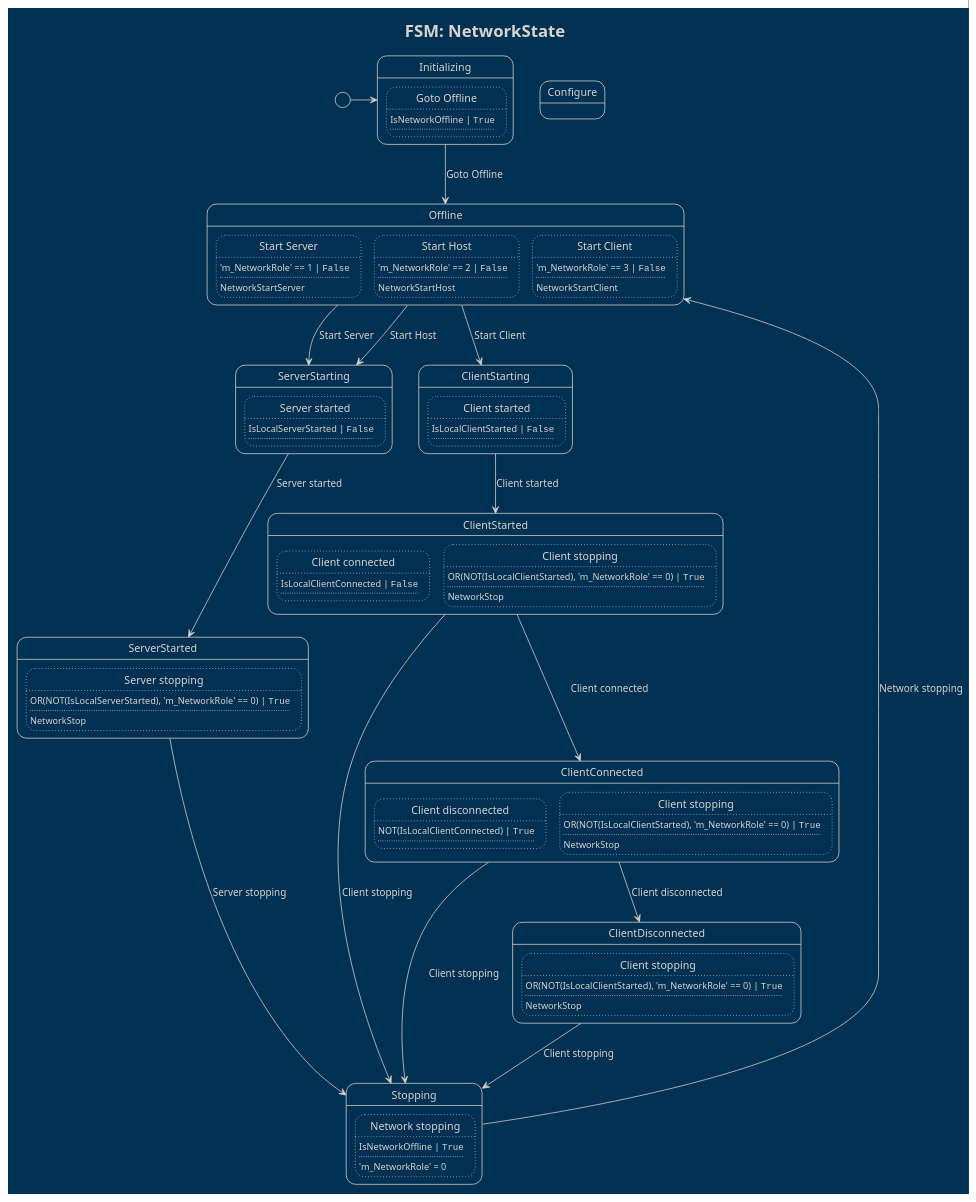
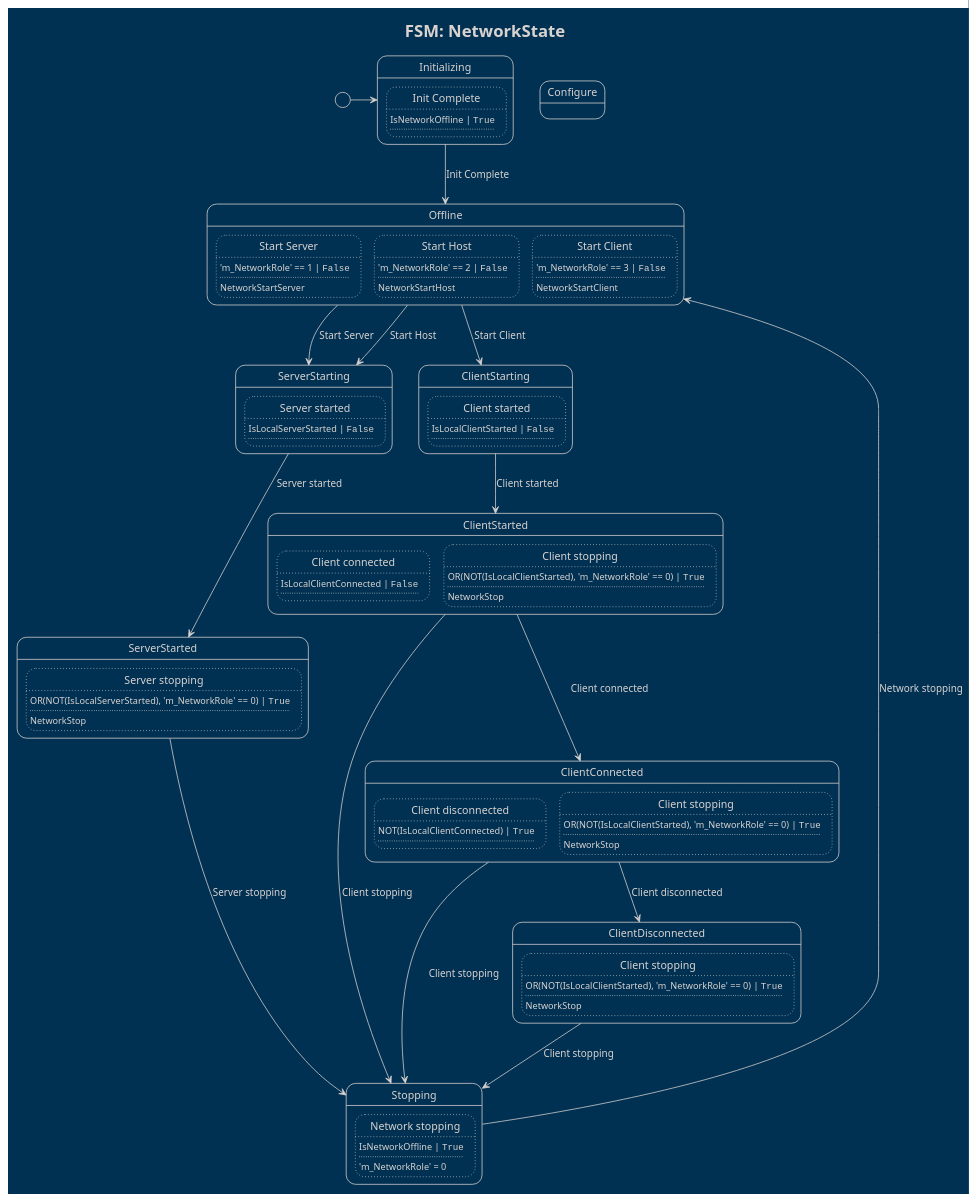
Before and after one commit to CodeSmile-0000011110110111/WriteBetterNetcode: the diagram in PlantUML Diagrams/CodeSmile.BetterNetcode.Network.NetworkState.puml, drawn with PlantUML. The commit also changed 7 other files, not shown here.

```diff
--- a/PlantUML Diagrams/CodeSmile.BetterNetcode.Network.NetworkState.puml
+++ b/PlantUML Diagrams/CodeSmile.BetterNetcode.Network.NetworkState.puml
@@ -1,129 +1,129 @@
 @startuml
 
 !theme blueprint
 hide empty description
 
 title FSM: NetworkState
 
 state "Initializing" as state0
 state state0 {
-	state "Goto Offline" as state0_trans0
+	state "Init Complete" as state0_trans0
 	state state0_trans0 #line.dotted {
 		state0_trans0 : IsNetworkOffline | ""True""
 		state0_trans0 : ....
 	}
 }
 state "Offline" as state1
 state state1 {
 	state "Start Server" as state1_trans0
 	state state1_trans0 #line.dotted {
 		state1_trans0 : 'm_NetworkRole' == 1 | ""False""
 		state1_trans0 : ....
 		state1_trans0 : NetworkStartServer
 	}
 	state "Start Host" as state1_trans1
 	state state1_trans1 #line.dotted {
 		state1_trans1 : 'm_NetworkRole' == 2 | ""False""
 		state1_trans1 : ....
 		state1_trans1 : NetworkStartHost
 	}
 	state "Start Client" as state1_trans2
 	state state1_trans2 #line.dotted {
 		state1_trans2 : 'm_NetworkRole' == 3 | ""False""
 		state1_trans2 : ....
 		state1_trans2 : NetworkStartClient
 	}
 }
 state "Configure" as state2
 state state2 {
 }
 state "Stopping" as state3
 state state3 {
 	state "Network stopping" as state3_trans0
 	state state3_trans0 #line.dotted {
 		state3_trans0 : IsNetworkOffline | ""True""
 		state3_trans0 : ....
 		state3_trans0 : 'm_NetworkRole' = 0
 	}
 }
 state "ServerStarting" as state4
 state state4 {
 	state "Server started" as state4_trans0
 	state state4_trans0 #line.dotted {
 		state4_trans0 : IsLocalServerStarted | ""False""
 		state4_trans0 : ....
 	}
 }
 state "ServerStarted" as state5
 state state5 {
 	state "Server stopping" as state5_trans0
 	state state5_trans0 #line.dotted {
 		state5_trans0 : OR(NOT(IsLocalServerStarted), 'm_NetworkRole' == 0) | ""True""
 		state5_trans0 : ....
 		state5_trans0 : NetworkStop
 	}
 }
 state "ClientStarting" as state6
 state state6 {
 	state "Client started" as state6_trans0
 	state state6_trans0 #line.dotted {
 		state6_trans0 : IsLocalClientStarted | ""False""
 		state6_trans0 : ....
 	}
 }
 state "ClientStarted" as state7
 state state7 {
 	state "Client connected" as state7_trans0
 	state state7_trans0 #line.dotted {
 		state7_trans0 : IsLocalClientConnected | ""False""
 		state7_trans0 : ....
 	}
 	state "Client stopping" as state7_trans1
 	state state7_trans1 #line.dotted {
 		state7_trans1 : OR(NOT(IsLocalClientStarted), 'm_NetworkRole' == 0) | ""True""
 		state7_trans1 : ....
 		state7_trans1 : NetworkStop
 	}
 }
 state "ClientConnected" as state8
 state state8 {
 	state "Client disconnected" as state8_trans0
 	state state8_trans0 #line.dotted {
 		state8_trans0 : NOT(IsLocalClientConnected) | ""True""
 		state8_trans0 : ....
 	}
 	state "Client stopping" as state8_trans1
 	state state8_trans1 #line.dotted {
 		state8_trans1 : OR(NOT(IsLocalClientStarted), 'm_NetworkRole' == 0) | ""True""
 		state8_trans1 : ....
 		state8_trans1 : NetworkStop
 	}
 }
 state "ClientDisconnected" as state9
 state state9 {
 	state "Client stopping" as state9_trans0
 	state state9_trans0 #line.dotted {
 		state9_trans0 : OR(NOT(IsLocalClientStarted), 'm_NetworkRole' == 0) | ""True""
 		state9_trans0 : ....
 		state9_trans0 : NetworkStop
 	}
 }
 
 
 [*] -> state0
-state0 --> state1 : Goto Offline
+state0 --> state1 : Init Complete
 state1 --> state4 : Start Server
 state1 --> state4 : Start Host
 state1 --> state6 : Start Client
 state3 --> state1 : Network stopping
 state4 --> state5 : Server started
 state5 --> state3 : Server stopping
 state6 --> state7 : Client started
 state7 --> state8 : Client connected
 state7 --> state3 : Client stopping
 state8 --> state9 : Client disconnected
 state8 --> state3 : Client stopping
 state9 --> state3 : Client stopping
 
 
 @enduml
```
